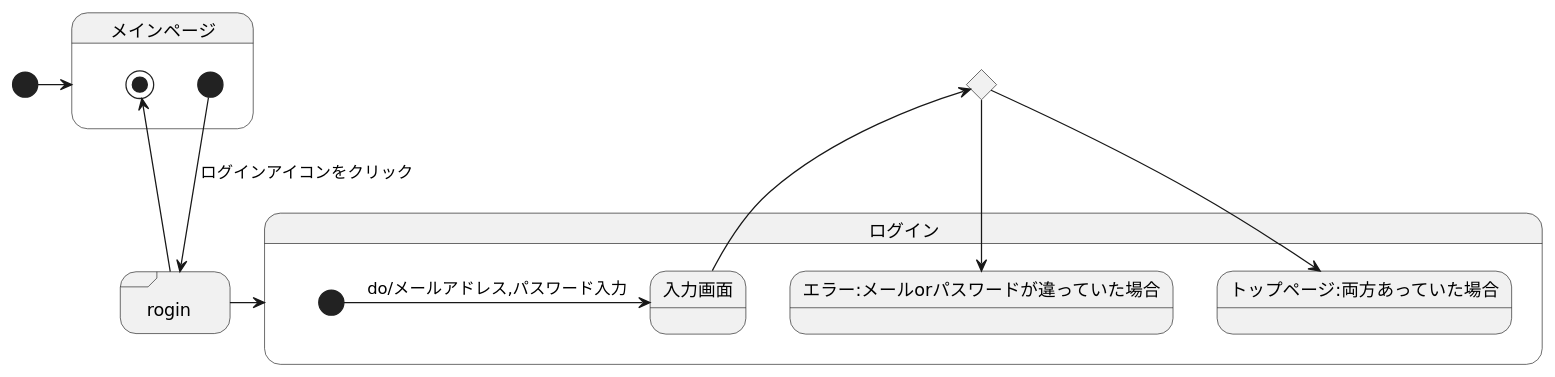
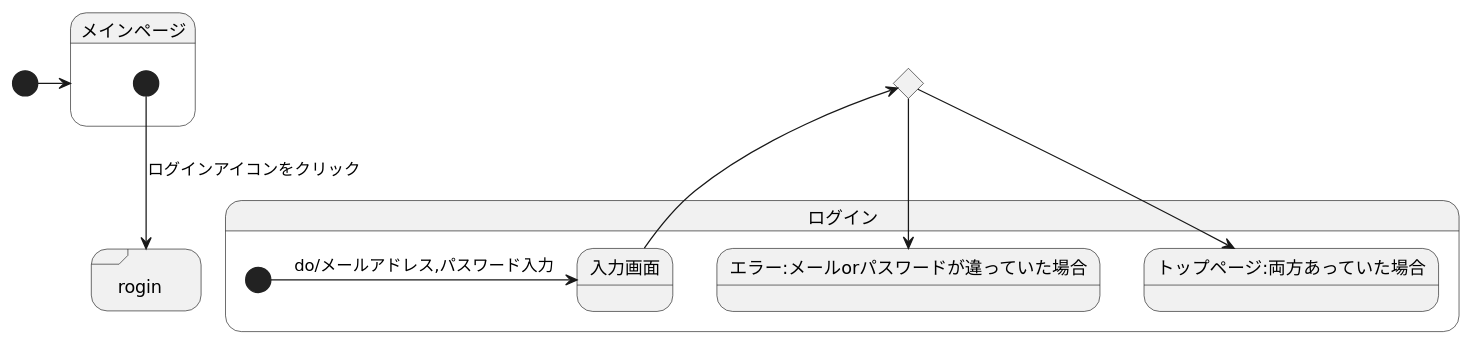
The diagram in UML.md (akutori/T-D-E), drawn with PlantUML before and after one commit.

````diff
--- a/UML.md
+++ b/UML.md
@@ -1,26 +1,24 @@
 ```uml
 @startuml
 state "rogin" <<sdlreceive>>
 state input <<choice>>
 
 
 [*]->メインページ
 state メインページ{
     [*]--> rogin : ログインアイコンをクリック
-    rogin -> [*]
 
 }
 state "rogin" <<sdlreceive>> 
 state input <<choice>>
-rogin -> ログイン
 state ログイン{
     [*]-> 入力画面:do/メールアドレス,パスワード入力
     入力画面-->input
     input --> エラー:メールorパスワードが違っていた場合
     input --> トップページ:両方あっていた場合
 }
 
 
 
 @enduml
 ```
````
